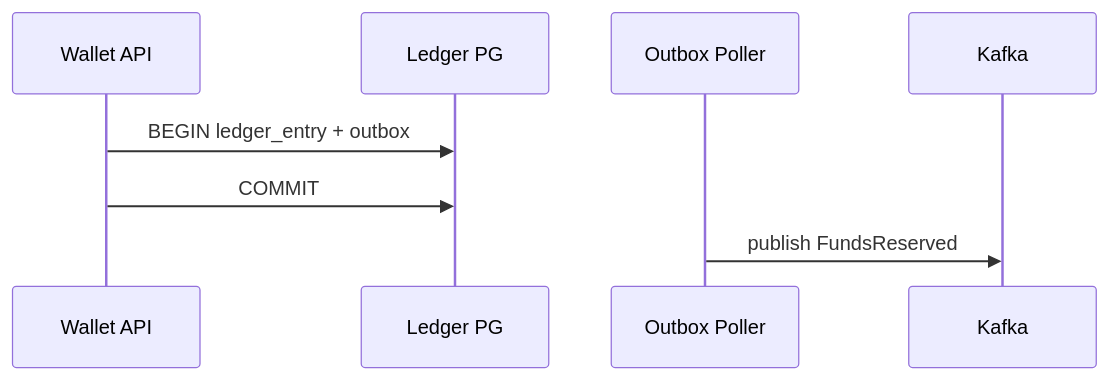
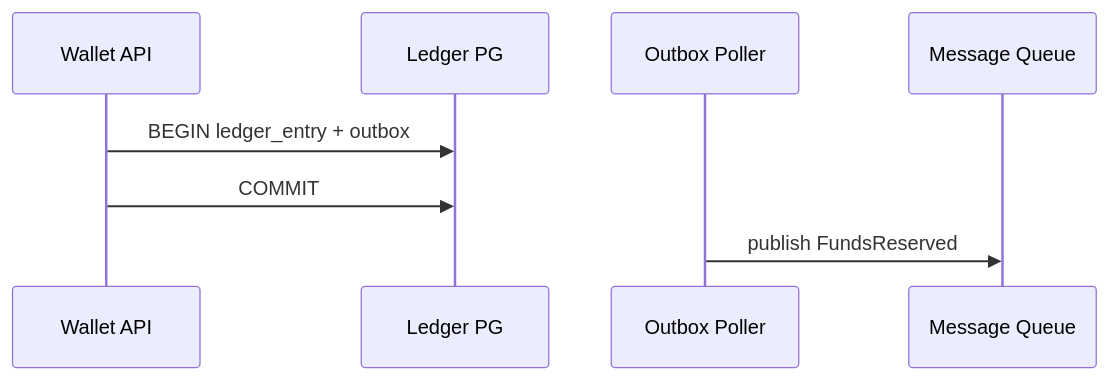
One commit to Mr-Radion/system-design-interview changed the second of 2 diagrams in examples/paypal-payments.md. Above: the diagram before and after it, drawn with Mermaid. The commit also changed other lines of this file and 11 other files, not shown here.

````diff
--- a/examples/paypal-payments.md
+++ b/examples/paypal-payments.md
@@ -176,11 +161,11 @@
 ```mermaid
 sequenceDiagram
     participant API as Wallet API
     participant DB as Ledger PG
     participant Relay as Outbox Poller
-    participant K as Kafka
+    participant Q as Message Queue
 
     API->>DB: BEGIN ledger_entry + outbox
     API->>DB: COMMIT
-    Relay->>K: publish FundsReserved
+    Relay->>Q: publish FundsReserved
 ```
````
